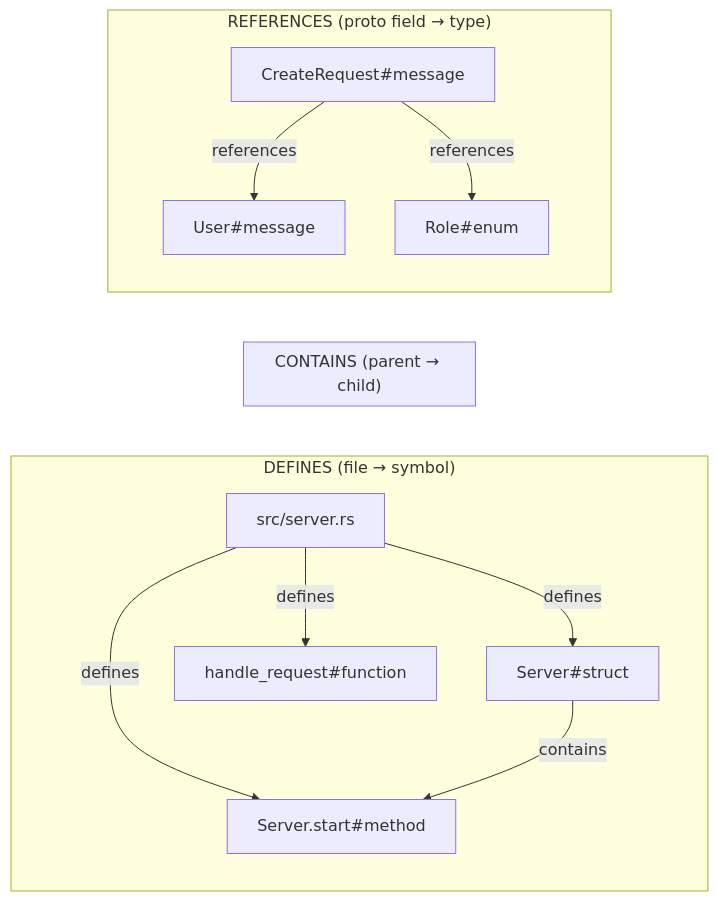
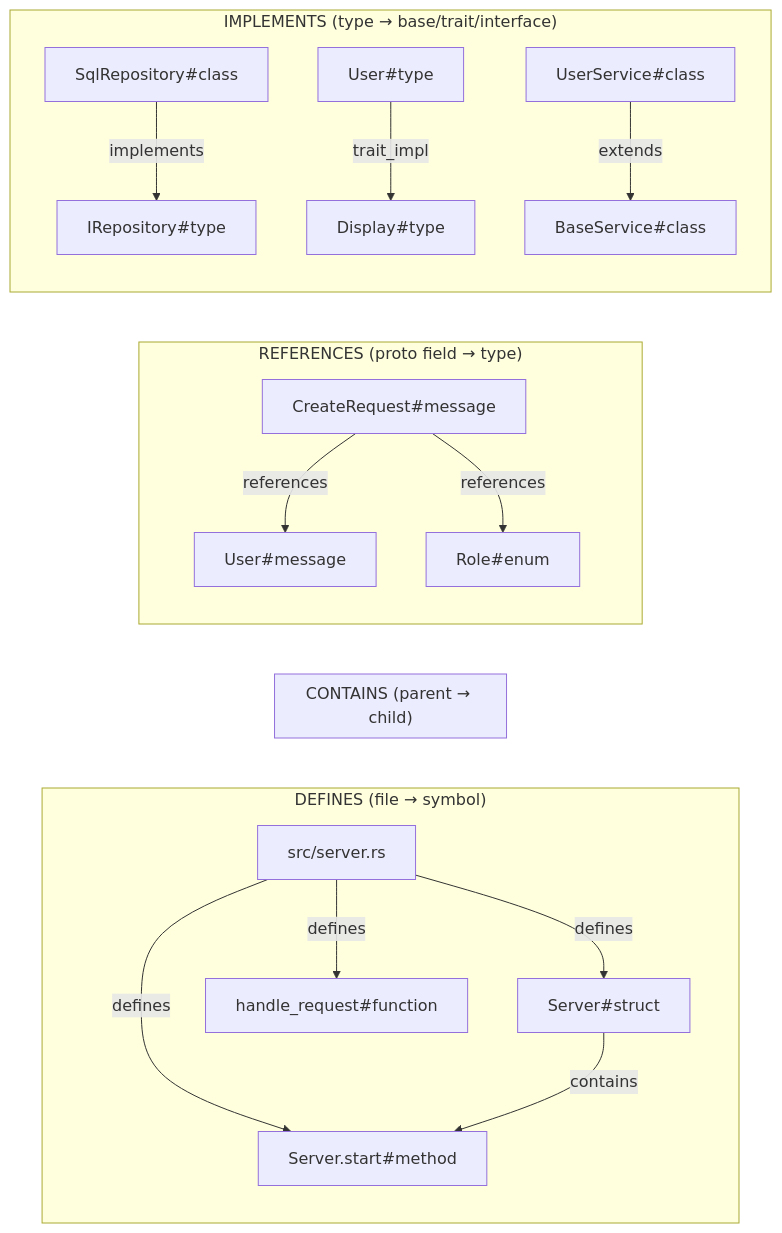
One commit to christophergutierrez/repomap changed the sixth of 11 diagrams in docs/ARCHITECTURE.md. Above: the diagram before and after it, drawn with Mermaid. The commit also changed other lines of this file and 1 other file, not shown here.

````diff
--- a/docs/ARCHITECTURE.md
+++ b/docs/ARCHITECTURE.md
@@ -277,17 +285,23 @@
 ```mermaid
 graph LR
     subgraph "DEFINES (file → symbol)"
         F1["src/server.rs"] -->|defines| S1["Server#struct"]
         F1 -->|defines| S2["Server.start#method"]
         F1 -->|defines| S3["handle_request#function"]
     end
 
     subgraph "CONTAINS (parent → child)"
         S1 -->|contains| S2
     end
 
     subgraph "REFERENCES (proto field → type)"
         M1["CreateRequest#message"] -->|references| M2["User#message"]
         M1 -->|references| M3["Role#enum"]
     end
+
+    subgraph "IMPLEMENTS (type → base/trait/interface)"
+        C1["SqlRepository#class"] -->|implements| I1["IRepository#type"]
+        C2["User#type"] -->|trait_impl| T1["Display#type"]
+        C3["UserService#class"] -->|extends| B1["BaseService#class"]
+    end
 ```
````
